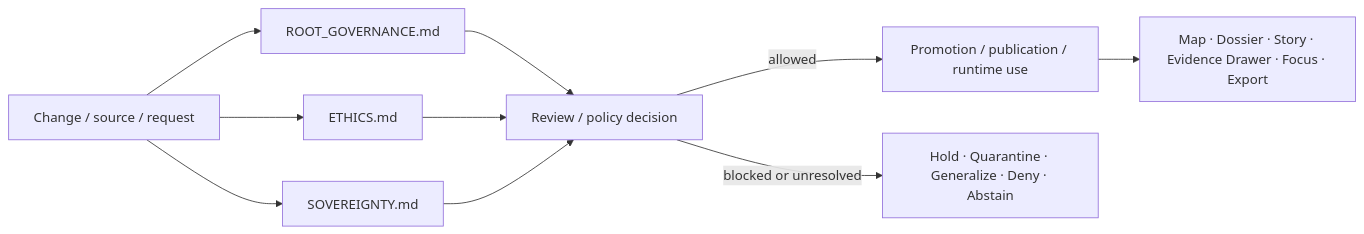
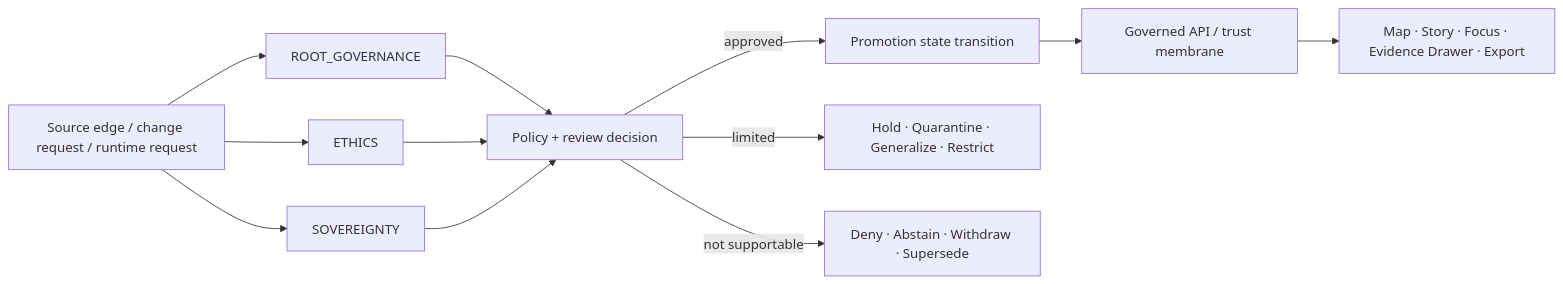
One commit to bartytime4life/Kansas-Frontier-Matrix changed the diagram in docs/governance/README.md. Above: the diagram before and after it, drawn with Mermaid. The commit also changed other lines of this file, not shown here.

First line of the commit message:
Revise governance README for clarity and updates

````diff
--- a/docs/governance/README.md
+++ b/docs/governance/README.md
@@ -106,15 +128,17 @@
 ```mermaid
 flowchart LR
-    A[Change / source / request] --> B[ROOT_GOVERNANCE.md]
-    A --> C[ETHICS.md]
-    A --> D[SOVEREIGNTY.md]
+    A[Source edge / change request / runtime request] --> B[ROOT_GOVERNANCE]
+    A --> C[ETHICS]
+    A --> D[SOVEREIGNTY]
 
-    B --> E[Review / policy decision]
+    B --> E[Policy + review decision]
     C --> E
     D --> E
 
-    E -->|allowed| F[Promotion / publication / runtime use]
-    E -->|blocked or unresolved| G[Hold · Quarantine · Generalize · Deny · Abstain]
+    E -->|approved| F[Promotion state transition]
+    F --> G[Governed API / trust membrane]
+    G --> H[Map · Story · Focus · Evidence Drawer · Export]
 
-    F --> H[Map · Dossier · Story · Evidence Drawer · Focus · Export]
+    E -->|limited| I[Hold · Quarantine · Generalize · Restrict]
+    E -->|not supportable| J[Deny · Abstain · Withdraw · Supersede]
 ```
````
